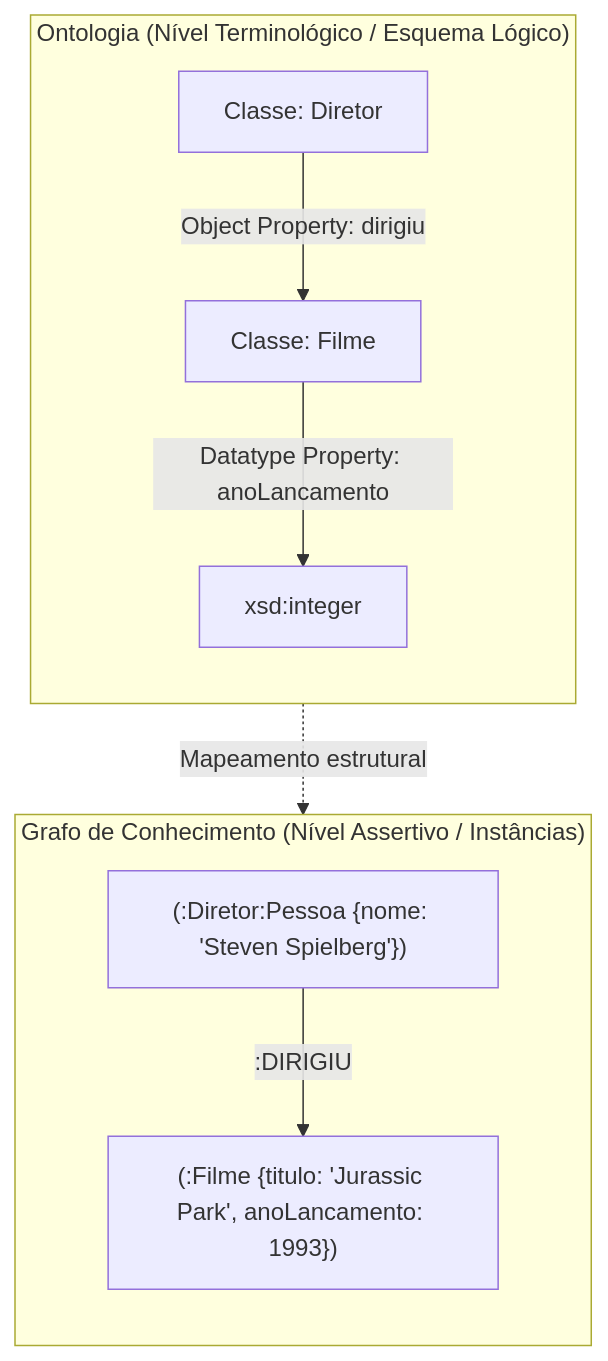
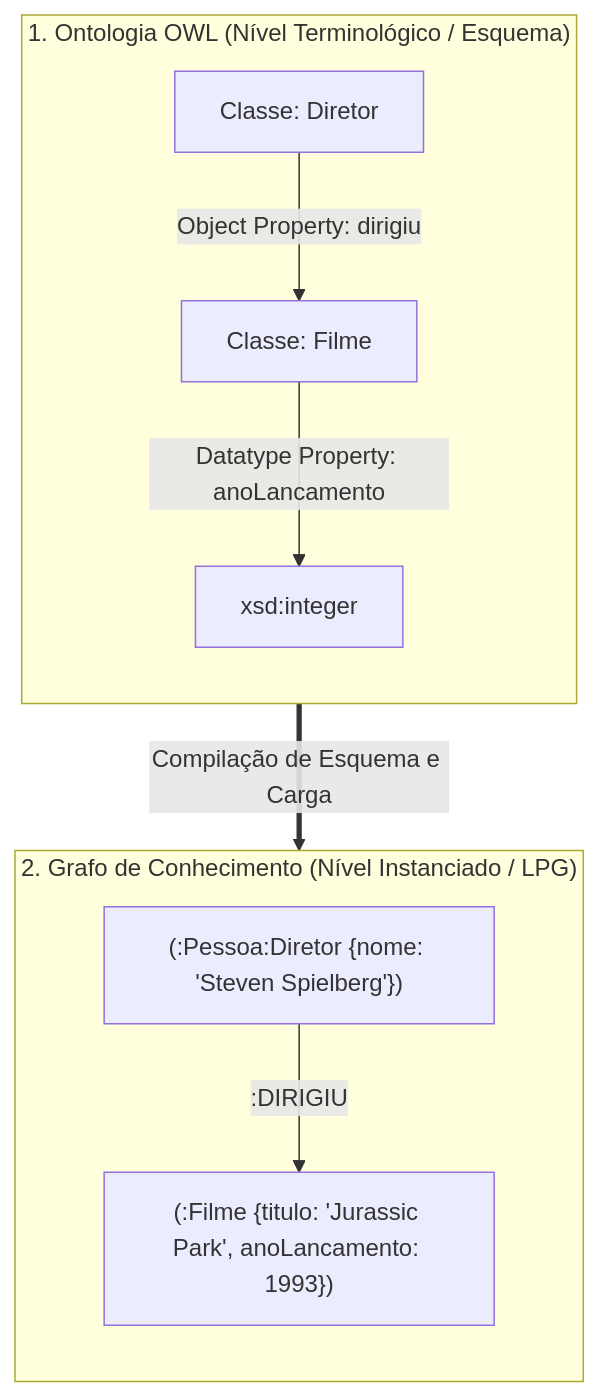
Before and after one commit to brunog2/lista2-ia-ufal: the diagram in docs/q01_ontologias_kg.md, drawn with Mermaid. The commit also changed other lines of this file, not shown here.

````diff
--- a/docs/q01_ontologias_kg.md
+++ b/docs/q01_ontologias_kg.md
@@ -54,19 +81,19 @@
 ```mermaid
 flowchart TD
-    subgraph Ontologia["Ontologia (Nível Terminológico / Esquema Lógico)"]
+    subgraph Ontologia["1. Ontologia OWL (Nível Terminológico / Esquema)"]
         direction TB
         C1["Classe: Diretor"]
         C2["Classe: Filme"]
         C1 -->|"Object Property: dirigiu"| C2
         C2 -->|"Datatype Property: anoLancamento"| D1["xsd:integer"]
     end
 
-    subgraph KG["Grafo de Conhecimento (Nível Assertivo / Instâncias)"]
+    subgraph KG["2. Grafo de Conhecimento (Nível Instanciado / LPG)"]
         direction TB
-        N1["(:Diretor:Pessoa {nome: 'Steven Spielberg'})"]
+        N1["(:Pessoa:Diretor {nome: 'Steven Spielberg'})"]
         N2["(:Filme {titulo: 'Jurassic Park', anoLancamento: 1993})"]
         N1 -->|":DIRIGIU"| N2
     end
 
-    Ontologia -.->|"Mapeamento estrutural"| KG
+    Ontologia ==>|"Compilação de Esquema e Carga"| KG
 ```
````
